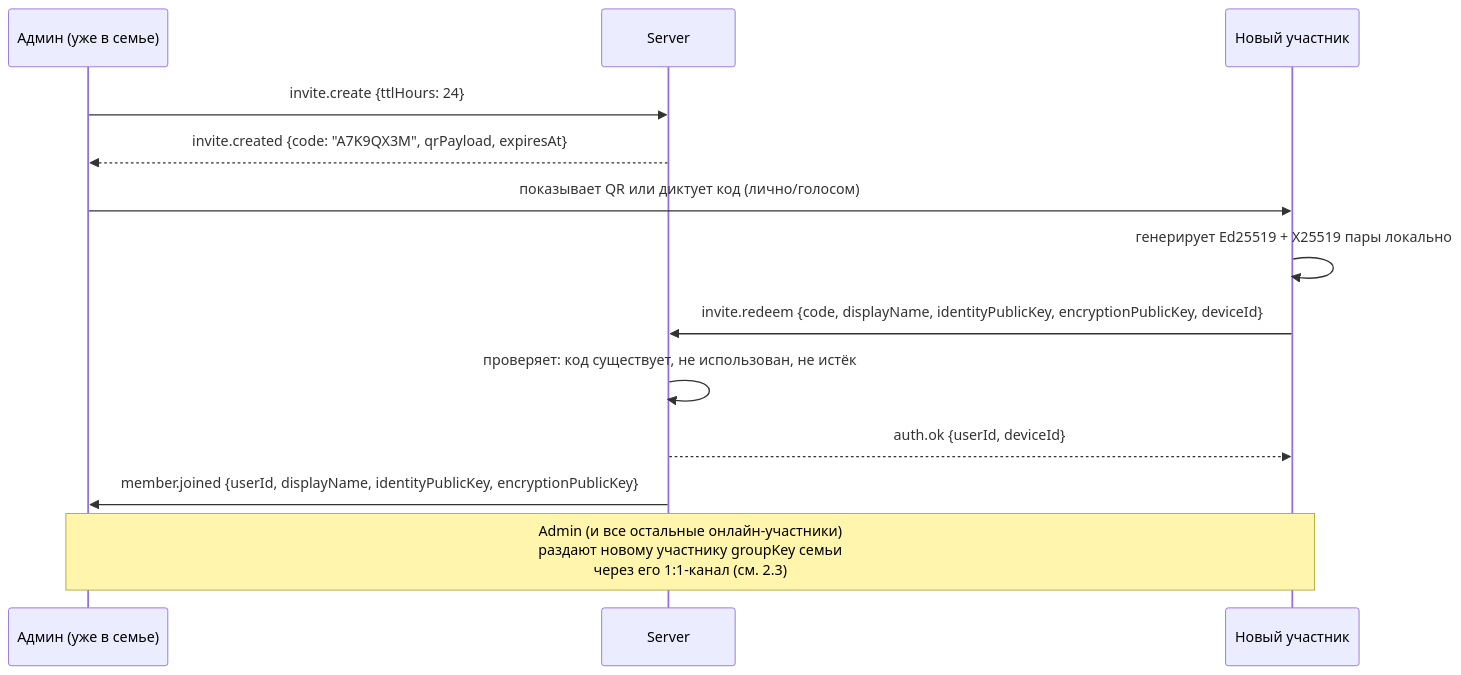
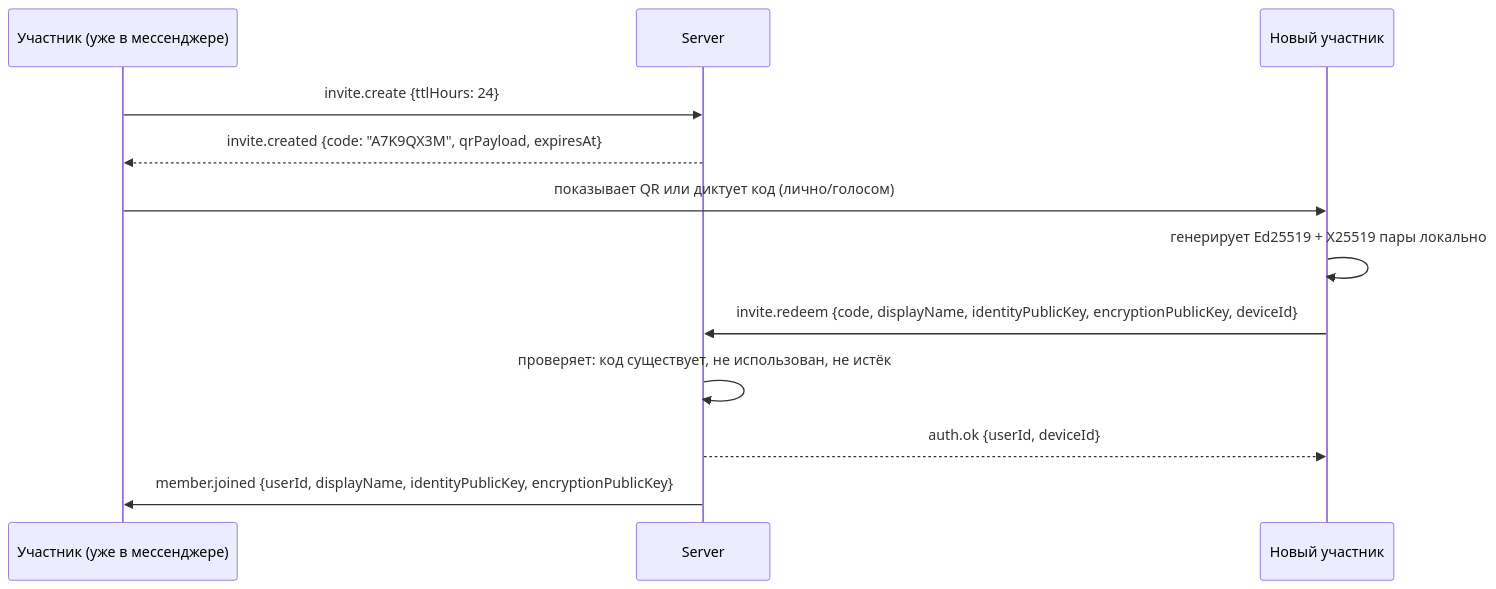
The second of 2 diagrams in ARCHITECTURE.md (ggwdwdwd-rgb/gameof1), drawn with Mermaid before and after one commit. The commit also changed other lines of this file and 28 other files, not shown here.

````diff
--- a/ARCHITECTURE.md
+++ b/ARCHITECTURE.md
@@ -98,17 +101,16 @@
 ```mermaid
 sequenceDiagram
-    participant Admin as Админ (уже в семье)
+    participant Admin as Участник (уже в мессенджере)
     participant Server
     participant New as Новый участник
 
     Admin->>Server: invite.create {ttlHours: 24}
     Server-->>Admin: invite.created {code: "A7K9QX3M", qrPayload, expiresAt}
     Admin->>New: показывает QR или диктует код (лично/голосом)
 
     New->>New: генерирует Ed25519 + X25519 пары локально
     New->>Server: invite.redeem {code, displayName, identityPublicKey, encryptionPublicKey, deviceId}
     Server->>Server: проверяет: код существует, не использован, не истёк
     Server-->>New: auth.ok {userId, deviceId}
     Server->>Admin: member.joined {userId, displayName, identityPublicKey, encryptionPublicKey}
-    Note over Admin,New: Admin (и все остальные онлайн-участники)<br/>раздают новому участнику groupKey семьи<br/>через его 1:1-канал (см. 2.3)
 ```
````
